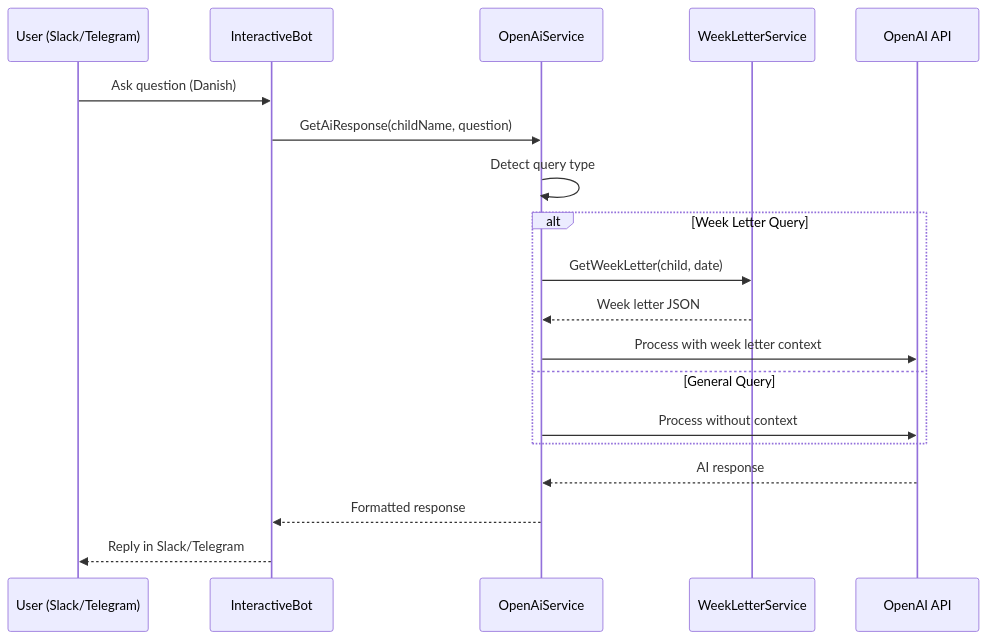
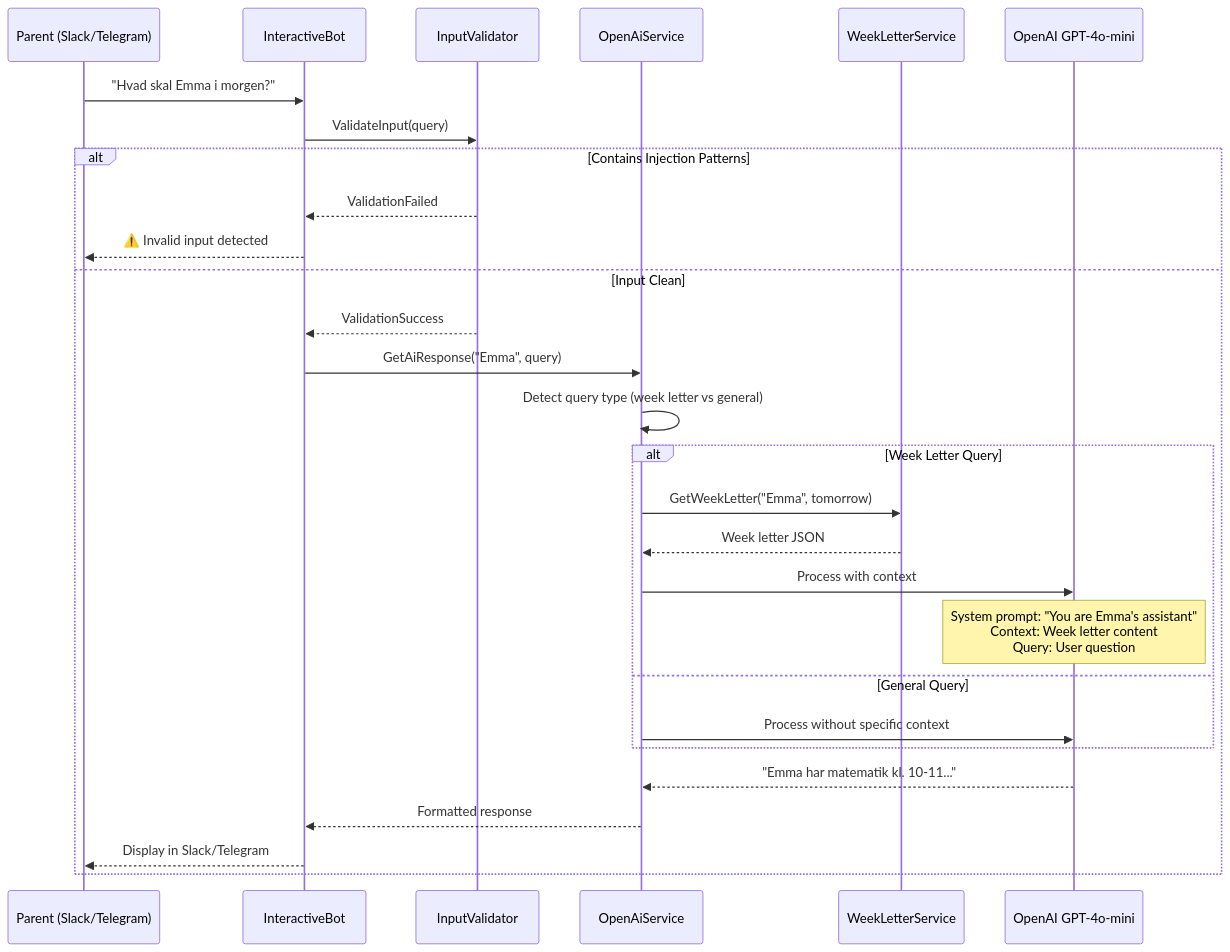
Before and after one commit to Hoejsgaard/aula: the ninth of 10 diagrams in doc/ARCHITECTURE.md, drawn with Mermaid. The commit also changed other lines of this file and 5 other files, not shown here.

````diff
--- a/doc/ARCHITECTURE.md
+++ b/doc/ARCHITECTURE.md
@@ -277,24 +563,34 @@
 ```mermaid
 sequenceDiagram
-    participant User as User (Slack/Telegram)
+    participant User as Parent (Slack/Telegram)
     participant Bot as InteractiveBot
+    participant Security as InputValidator
     participant AI as OpenAiService
     participant WL as WeekLetterService
-    participant OpenAI as OpenAI API
+    participant OpenAI as OpenAI GPT-4o-mini
 
-    User->>Bot: Ask question (Danish)
-    Bot->>AI: GetAiResponse(childName, question)
-    AI->>AI: Detect query type
+    User->>Bot: "Hvad skal Emma i morgen?"
+    Bot->>Security: ValidateInput(query)
 
-    alt Week Letter Query
-        AI->>WL: GetWeekLetter(child, date)
-        WL-->>AI: Week letter JSON
-        AI->>OpenAI: Process with week letter context
-    else General Query
-        AI->>OpenAI: Process without context
+    alt Contains Injection Patterns
+        Security-->>Bot: ValidationFailed
+        Bot-->>User: ⚠️ Invalid input detected
+    else Input Clean
+        Security-->>Bot: ValidationSuccess
+        Bot->>AI: GetAiResponse("Emma", query)
+        AI->>AI: Detect query type (week letter vs general)
+
+        alt Week Letter Query
+            AI->>WL: GetWeekLetter("Emma", tomorrow)
+            WL-->>AI: Week letter JSON
+            AI->>OpenAI: Process with context
+            Note over OpenAI: System prompt: "You are Emma's assistant"<br/>Context: Week letter content<br/>Query: User question
+        else General Query
+            AI->>OpenAI: Process without specific context
+        end
+
+        OpenAI-->>AI: "Emma har matematik kl. 10-11..."
+        AI-->>Bot: Formatted response
+        Bot-->>User: Display in Slack/Telegram
     end
-
-    OpenAI-->>AI: AI response
-    AI-->>Bot: Formatted response
-    Bot-->>User: Reply in Slack/Telegram
 ```
````
